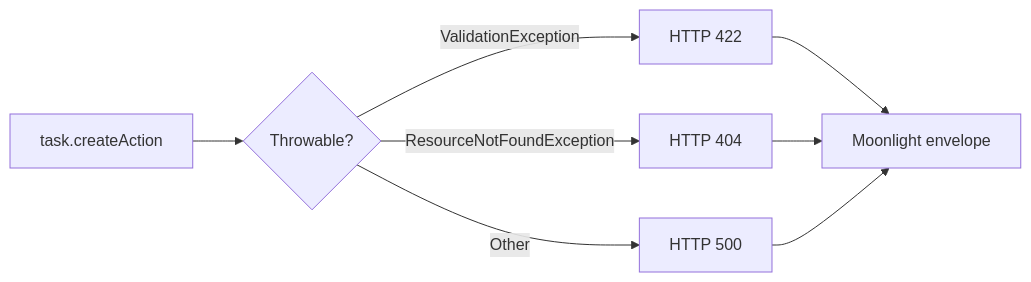
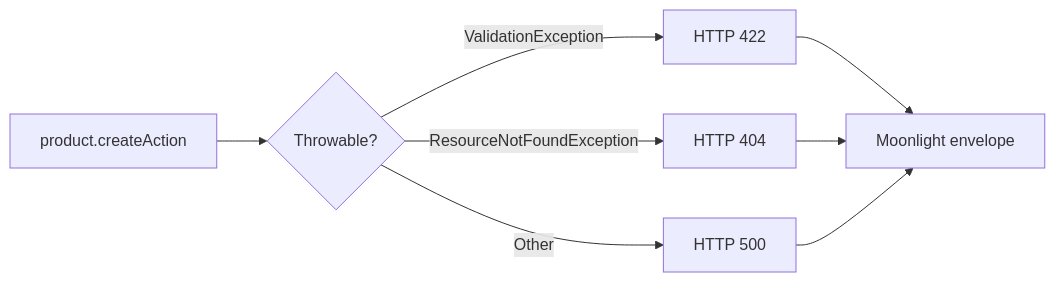
Before and after one commit to PioniaPHP-project/pionia-docs: the diagram in content/docs/documentation/http/exceptions.md, drawn with Mermaid. The commit also changed other lines of this file and 268 other files, not shown here.

```diff
--- a/content/docs/documentation/http/exceptions.md
+++ b/content/docs/documentation/http/exceptions.md
@@ -35,10 +35,10 @@
 {{< mermaid >}}
 flowchart LR
-  Action[task.createAction] --> Throw{Throwable?}
+  Action[product.createAction] --> Throw{Throwable?}
   Throw -->|ValidationException| P422[HTTP 422]
   Throw -->|ResourceNotFoundException| P404[HTTP 404]
   Throw -->|Other| P500[HTTP 500]
   P422 --> JSON[Moonlight envelope]
   P404 --> JSON
   P500 --> JSON
 {{< /mermaid >}}
```
